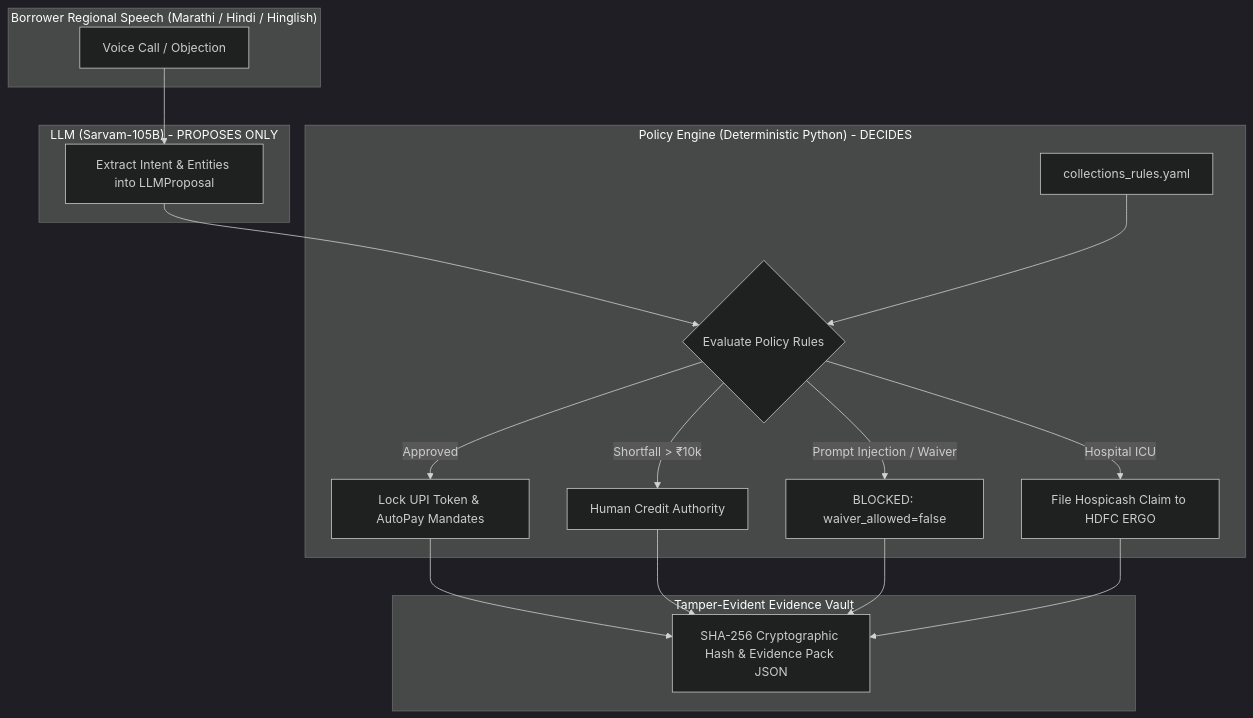
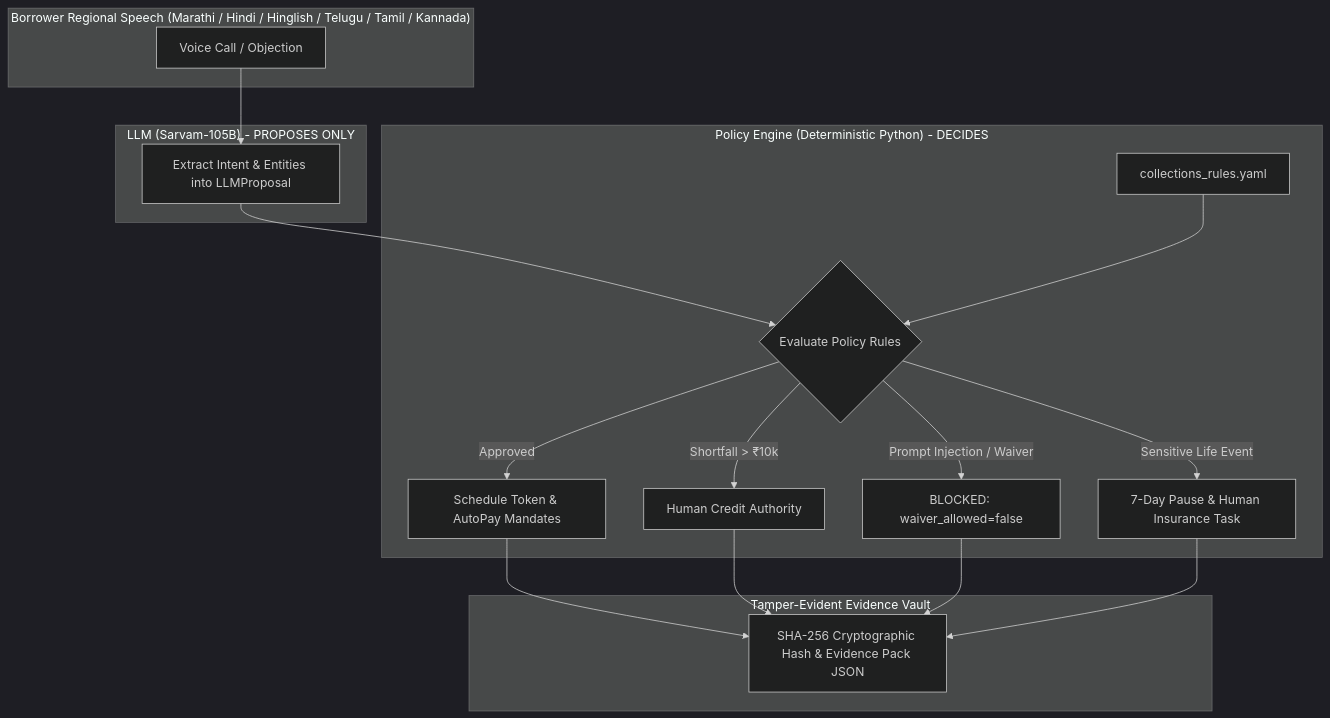
One commit to saisidhardy/saarthi changed the diagram in README.md. Above: the diagram before and after it, drawn with Mermaid (dark theme). The commit also changed other lines of this file and 25 other files, not shown here.

````diff
--- a/README.md
+++ b/README.md
@@ -66,30 +69,30 @@
 ```mermaid
 flowchart TD
-    subgraph Borrower ["Borrower Regional Speech (Marathi / Hindi / Hinglish)"]
+    subgraph Borrower ["Borrower Regional Speech (Marathi / Hindi / Hinglish / Telugu / Tamil / Kannada)"]
         Audio["Voice Call / Objection"]
     end
 
     subgraph LLM ["LLM (Sarvam-105B) - PROPOSES ONLY"]
         Parse["Extract Intent & Entities into LLMProposal"]
         Audio --> Parse
     end
 
     subgraph Firewall ["Policy Engine (Deterministic Python) - DECIDES"]
         Rules["collections_rules.yaml"]
         Eval{"Evaluate Policy Rules"}
         Parse --> Eval
         Rules --> Eval
-        Eval -- "Approved" --> Settle["Lock UPI Token & AutoPay Mandates"]
+        Eval -- "Approved" --> Settle["Schedule Token & AutoPay Mandates"]
         Eval -- "Shortfall > ₹10k" --> Approver["Human Credit Authority"]
         Eval -- "Prompt Injection / Waiver" --> Block["BLOCKED: waiver_allowed=false"]
-        Eval -- "Hospital ICU" --> Insure["File Hospicash Claim to HDFC ERGO"]
+        Eval -- "Sensitive Life Event" --> Insure["7-Day Pause & Human Insurance Task"]
     end
 
     subgraph Audit ["Tamper-Evident Evidence Vault"]
         SHA["SHA-256 Cryptographic Hash & Evidence Pack JSON"]
         Settle --> SHA
         Approver --> SHA
         Block --> SHA
         Insure --> SHA
     end
 ```
````
